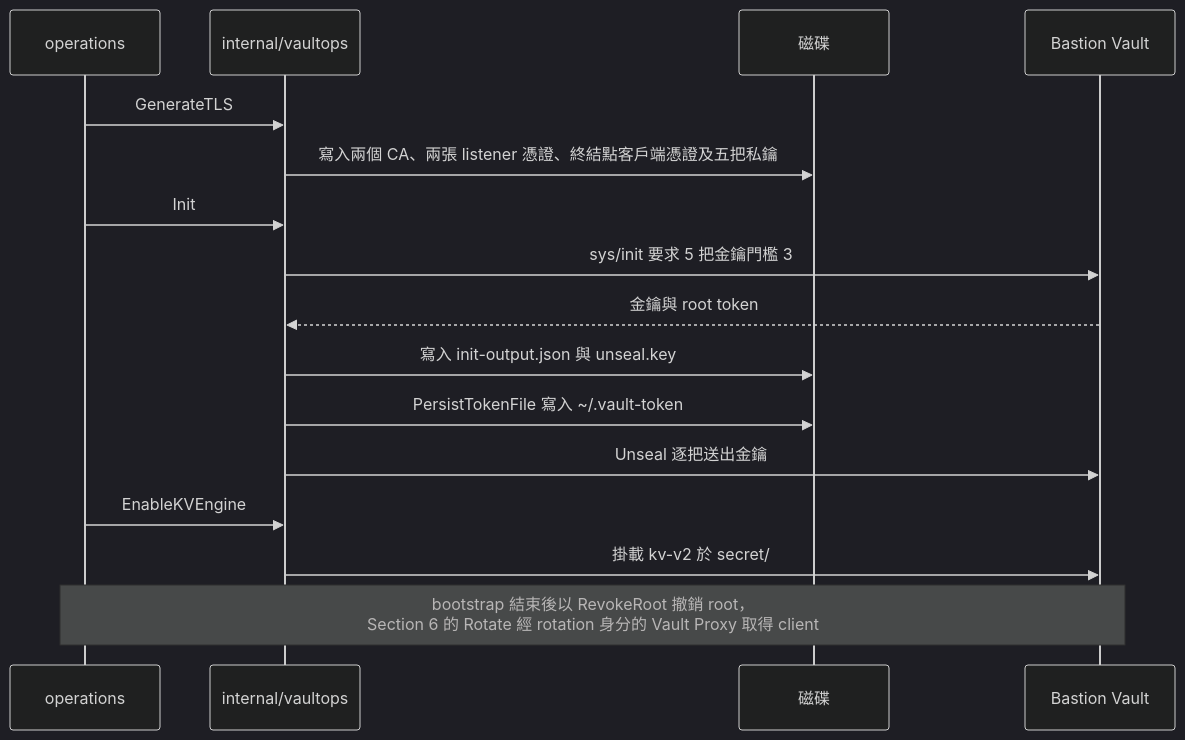
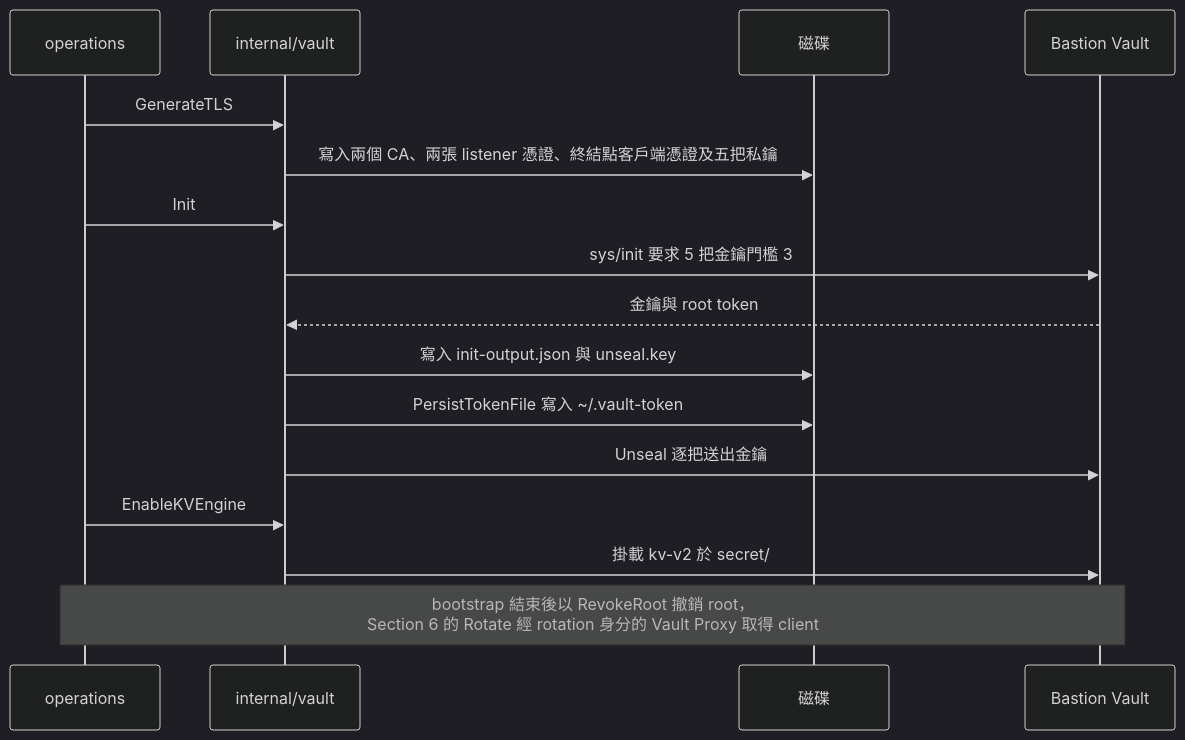
The third of 3 diagrams in tools/governance/README.md (csning1998/parent-group-governance), drawn with Mermaid (dark theme) before and after one commit. The commit also changed other lines of this file and 67 other files, not shown here.

````diff
--- a/tools/governance/README.md
+++ b/tools/governance/README.md
@@ -649,22 +653,22 @@
 ```mermaid
 sequenceDiagram
     participant Op as operations
-    participant VaultOps as internal/vaultops
+    participant VaultPkg as internal/vault
     participant Disk as 磁碟
     participant Vault as Bastion Vault
 
-    Op->>VaultOps: GenerateTLS
-    VaultOps->>Disk: 寫入兩個 CA、兩張 listener 憑證、終結點客戶端憑證及五把私鑰
+    Op->>VaultPkg: GenerateTLS
+    VaultPkg->>Disk: 寫入兩個 CA、兩張 listener 憑證、終結點客戶端憑證及五把私鑰
 
-    Op->>VaultOps: Init
-    VaultOps->>Vault: sys/init 要求 5 把金鑰門檻 3
-    Vault-->>VaultOps: 金鑰與 root token
-    VaultOps->>Disk: 寫入 init-output.json 與 unseal.key
-    VaultOps->>Disk: PersistTokenFile 寫入 ~/.vault-token
-    VaultOps->>Vault: Unseal 逐把送出金鑰
+    Op->>VaultPkg: Init
+    VaultPkg->>Vault: sys/init 要求 5 把金鑰門檻 3
+    Vault-->>VaultPkg: 金鑰與 root token
+    VaultPkg->>Disk: 寫入 init-output.json 與 unseal.key
+    VaultPkg->>Disk: PersistTokenFile 寫入 ~/.vault-token
+    VaultPkg->>Vault: Unseal 逐把送出金鑰
 
-    Op->>VaultOps: EnableKVEngine
-    VaultOps->>Vault: 掛載 kv-v2 於 secret/
+    Op->>VaultPkg: EnableKVEngine
+    VaultPkg->>Vault: 掛載 kv-v2 於 secret/
 
     Note over Op,Vault: bootstrap 結束後以 RevokeRoot 撤銷 root，<br/>Section 6 的 Rotate 經 rotation 身分的 Vault Proxy 取得 client
 ```
````
